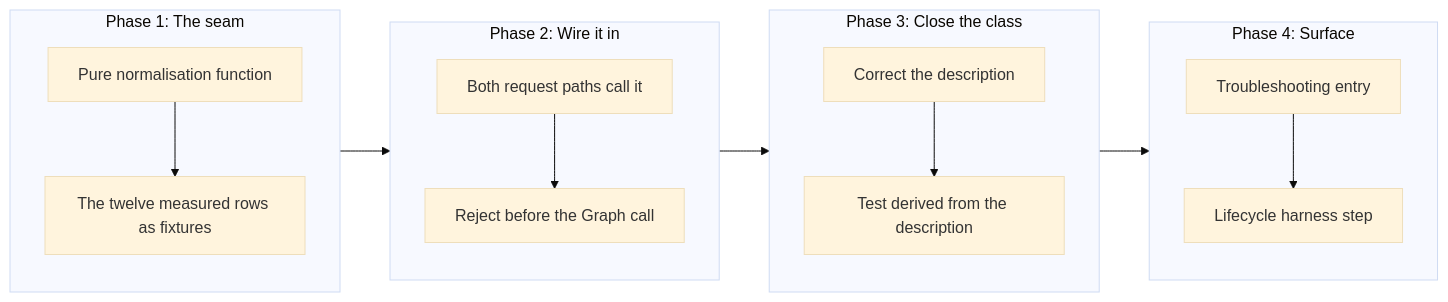
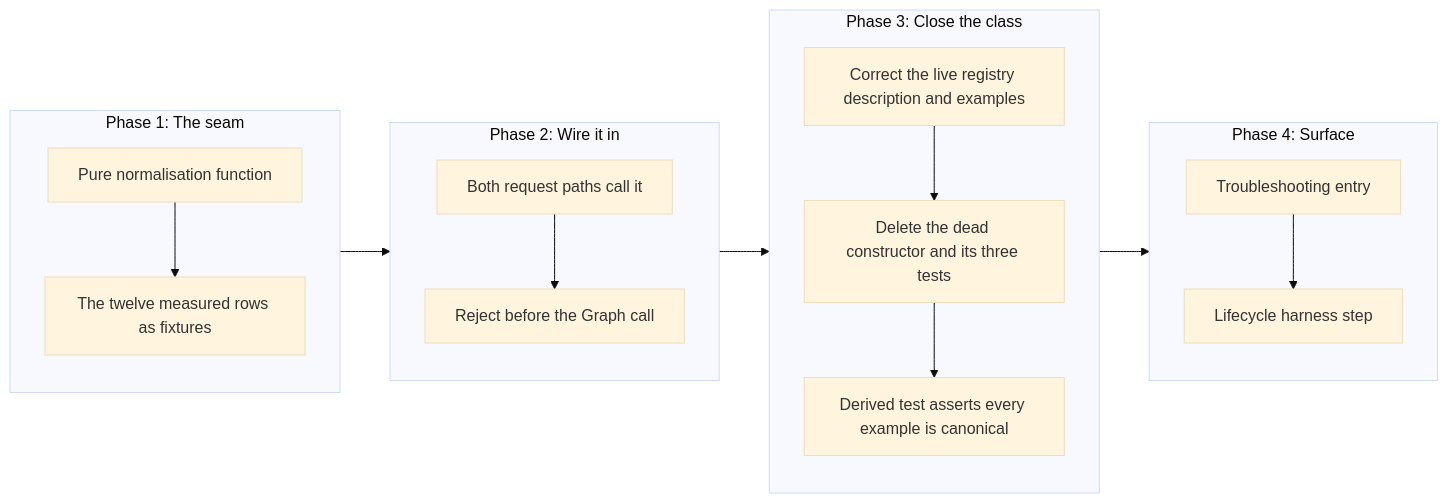
Before and after one commit to desek/outlook-local-mcp: the third of 3 diagrams in docs/cr/CR-0076-search-messages-kql-quoting.md, drawn with Mermaid (base theme). The commit also changed other lines of this file, not shown here.

````diff
--- a/docs/cr/CR-0076-search-messages-kql-quoting.md
+++ b/docs/cr/CR-0076-search-messages-kql-quoting.md
@@ -327,16 +354,17 @@
 ```mermaid
 flowchart LR
     subgraph P1["Phase 1: The seam"]
         A1["Pure normalisation function"] --> A2["The twelve measured rows as fixtures"]
     end
     subgraph P2["Phase 2: Wire it in"]
         B1["Both request paths call it"] --> B2["Reject before the Graph call"]
     end
     subgraph P3["Phase 3: Close the class"]
-        C1["Correct the description"] --> C2["Test derived from the description"]
+        C1["Correct the live registry description and examples"] --> C2["Delete the dead constructor and its three tests"]
+        C2 --> C3["Derived test asserts every example is canonical"]
     end
     subgraph P4["Phase 4: Surface"]
         D1["Troubleshooting entry"] --> D2["Lifecycle harness step"]
     end
     P1 --> P2 --> P3 --> P4
 ```
````
